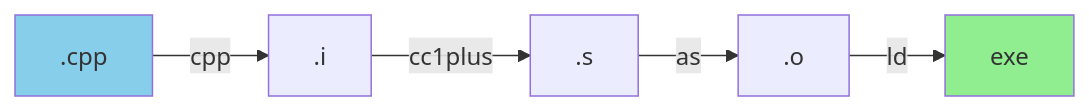
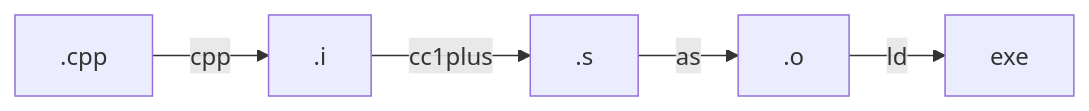
The third of 3 diagrams in docs/programming/cpp/01-toolchain-and-build/compilation-pipeline.md (AndriiSonsiadlo/knowledge-base), drawn with Mermaid before and after one commit. The commit also changed other lines of this file and 6 other files, not shown here.

Commit message:
style (C++): drop hardcoded mermaid fills in overview and toolchain diagrams

````diff
--- a/docs/programming/cpp/01-toolchain-and-build/compilation-pipeline.md
+++ b/docs/programming/cpp/01-toolchain-and-build/compilation-pipeline.md
@@ -396,10 +394,8 @@
 ```mermaid
 graph LR
     A[.cpp] -->|cpp| B[.i]
     B -->|cc1plus| C[.s]
     C -->|as| D[.o]
     D -->|ld| E[exe]
     
-    style A fill:#87CEEB
-    style E fill:#90EE90
 ```
````
